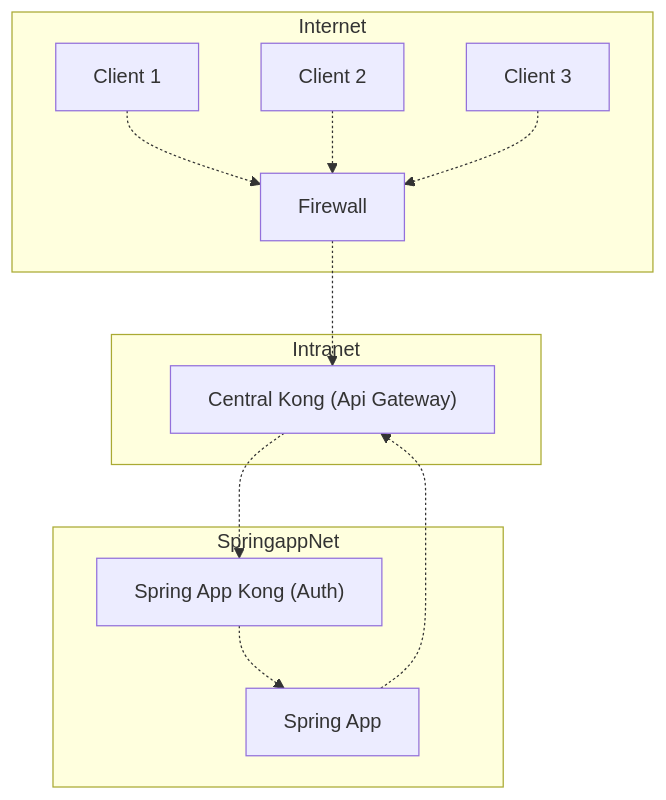
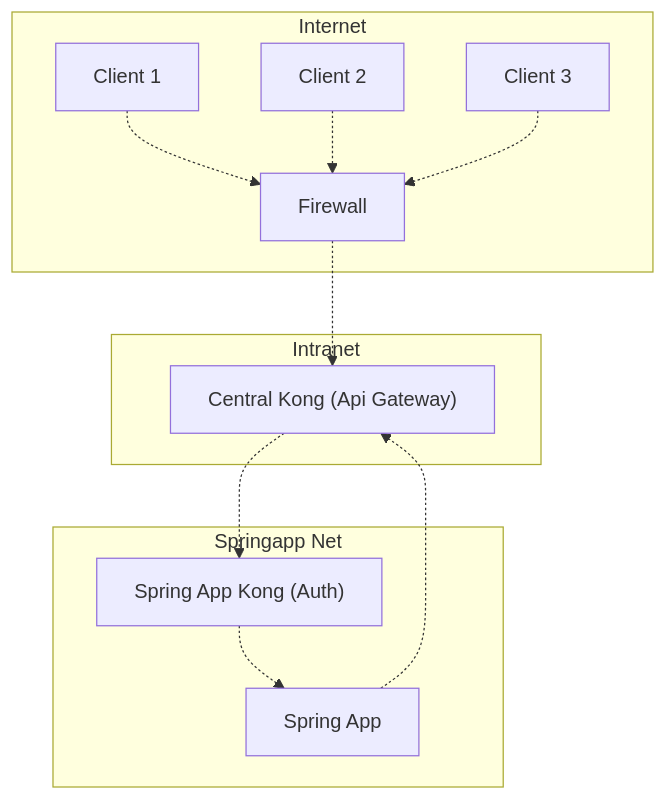
One commit to FrankleyRocha/poc-kong changed the first of 2 diagrams in README.md. Above: the diagram before and after it, drawn with Mermaid. The commit also changed 3 other files, not shown here.

````diff
--- a/README.md
+++ b/README.md
@@ -5,29 +5,29 @@
 ```mermaid
 graph TD
     subgraph Internet
         Client1["Client 1"]
         Client2["Client 2"]
         Client3["Client 3"]
 
         Firewall
     end
 
     Client1 -.-> Firewall
     Client2 -.-> Firewall
     Client3 -.-> Firewall
     Firewall -.-> central-kong
 
-    subgraph Intranet
+    subgraph intranet["Intranet"]
         central-kong["Central Kong (Api Gateway)"]
     end
 
     central-kong -.-> springapp-kong
 
-    subgraph SpringappNet
+    subgraph springapp-net["Springapp Net"]
         springapp["Spring App"]
         springapp-kong["Spring App Kong (Auth)"]
     end
 
     springapp-kong -.-> springapp
     springapp -.-> central-kong
 ```
````
